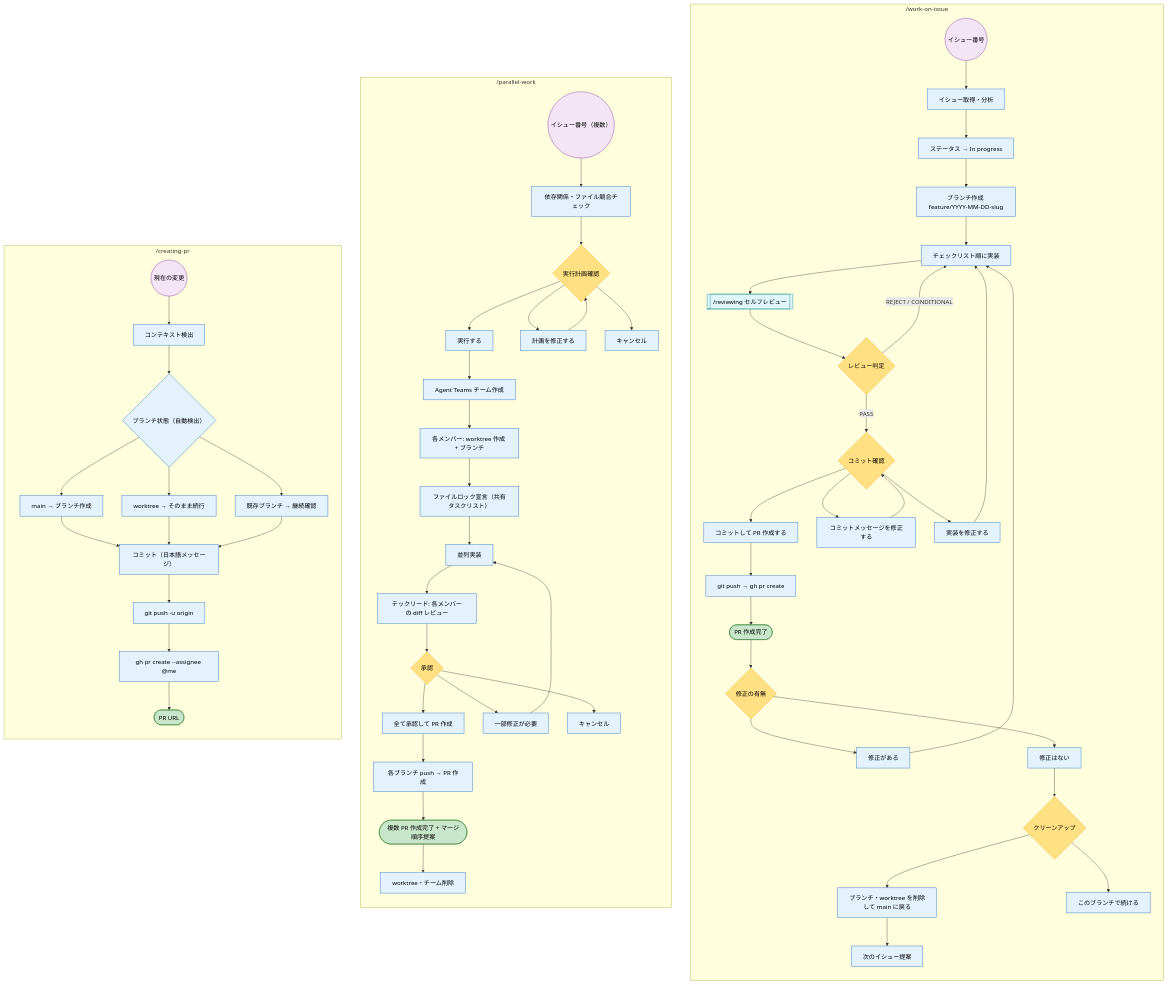
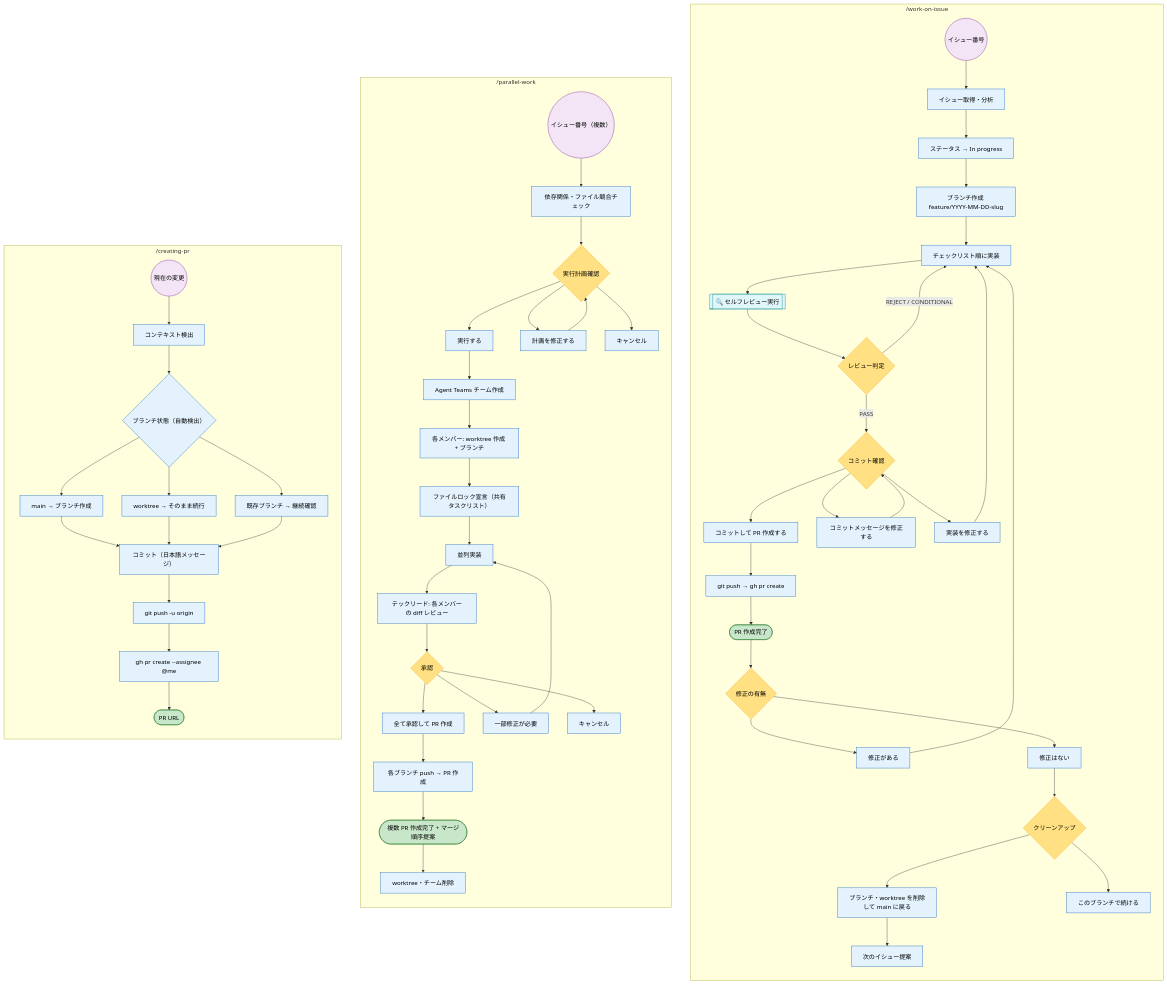
The fourth of 6 diagrams in docs/outputs/system-flowchart/user-flow.md (RyotaSakai-X1/ai-concierge), drawn with Mermaid before and after one commit. The commit also changed other lines of this file, not shown here.

```diff
--- a/docs/outputs/system-flowchart/user-flow.md
+++ b/docs/outputs/system-flowchart/user-flow.md
@@ -462,7 +462,7 @@
         WOI_STATUS["ステータス → In progress"]:::autoStep
         WOI_BRANCH["ブランチ作成 feature/YYYY-MM-DD-slug"]:::autoStep
         WOI_IMPL["チェックリスト順に実装"]:::autoStep
-        WOI_REVIEW[["/reviewing セルフレビュー"]]:::command
+        WOI_REVIEW[["🔍 セルフレビュー実行"]]:::command
 
         WOI_IN --> WOI_FETCH --> WOI_STATUS --> WOI_BRANCH --> WOI_IMPL --> WOI_REVIEW
 
```
